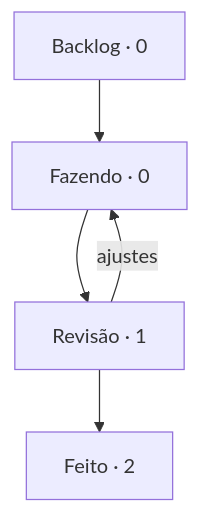
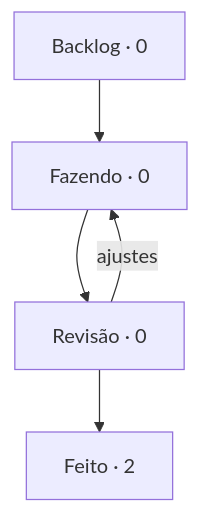
One commit to StudioVibi/VibiKanban changed the diagram in boards/harness/BOARD.md. Above: the diagram before and after it, drawn with Mermaid. The commit also changed other lines of this file and 2 other files, not shown here.

````diff
--- a/boards/harness/BOARD.md
+++ b/boards/harness/BOARD.md
@@ -5,10 +5,10 @@
 ```mermaid
 flowchart TD
   backlog["Backlog · 0"] --> doing["Fazendo · 0"]
-  doing --> review["Revisão · 1"]
+  doing --> review["Revisão · 0"]
   review --> done["Feito · 2"]
   review -->|ajustes| doing
   doing:::blue
   review:::yellow
   done:::green
 ```
````
